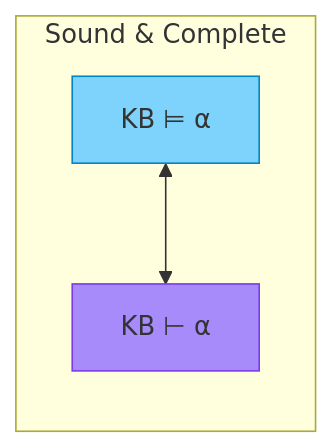
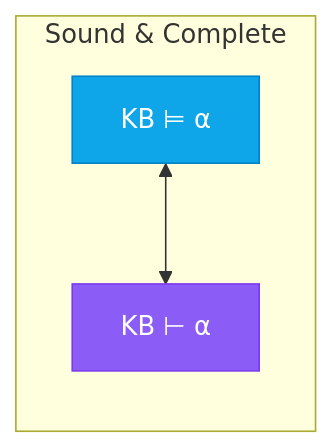
One commit to NuriaGarciaV/ia_p26 changed the first of 3 diagrams in clase/03_logica/03_inferencia.md. Above: the diagram before and after it, drawn with Mermaid. The commit also changed other lines of this file and 5 other files, not shown here.

Commit message:
improved mermaid colouring

````diff
--- a/clase/03_logica/03_inferencia.md
+++ b/clase/03_logica/03_inferencia.md
@@ -55,9 +55,9 @@
 ```mermaid
 graph LR
     subgraph "Sound & Complete"
         A[KB ⊨ α] <--> B[KB ⊢ α]
     end
     
-    style A fill:#7dd3fc,stroke:#0284c7
-    style B fill:#a78bfa,stroke:#7c3aed
+    style A fill:#0ea5e9,stroke:#0284c7,color:#fff
+    style B fill:#8b5cf6,stroke:#7c3aed,color:#fff
 ```
````
